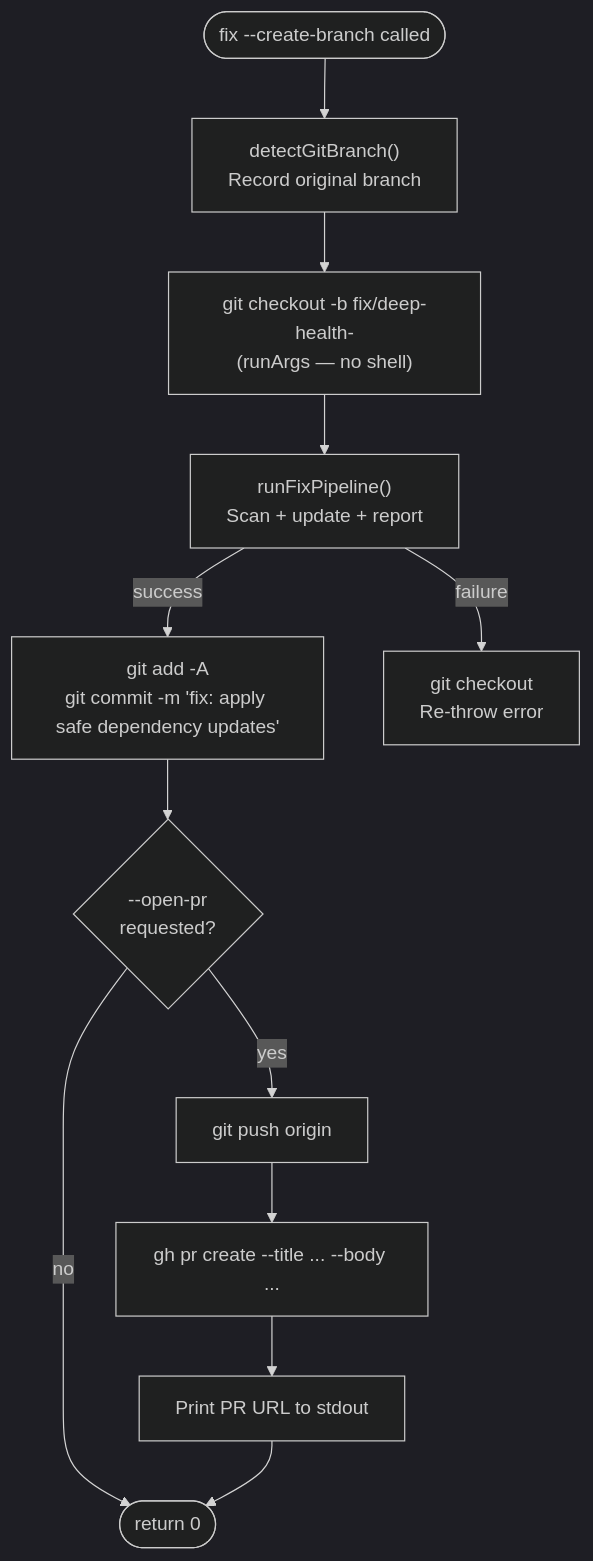
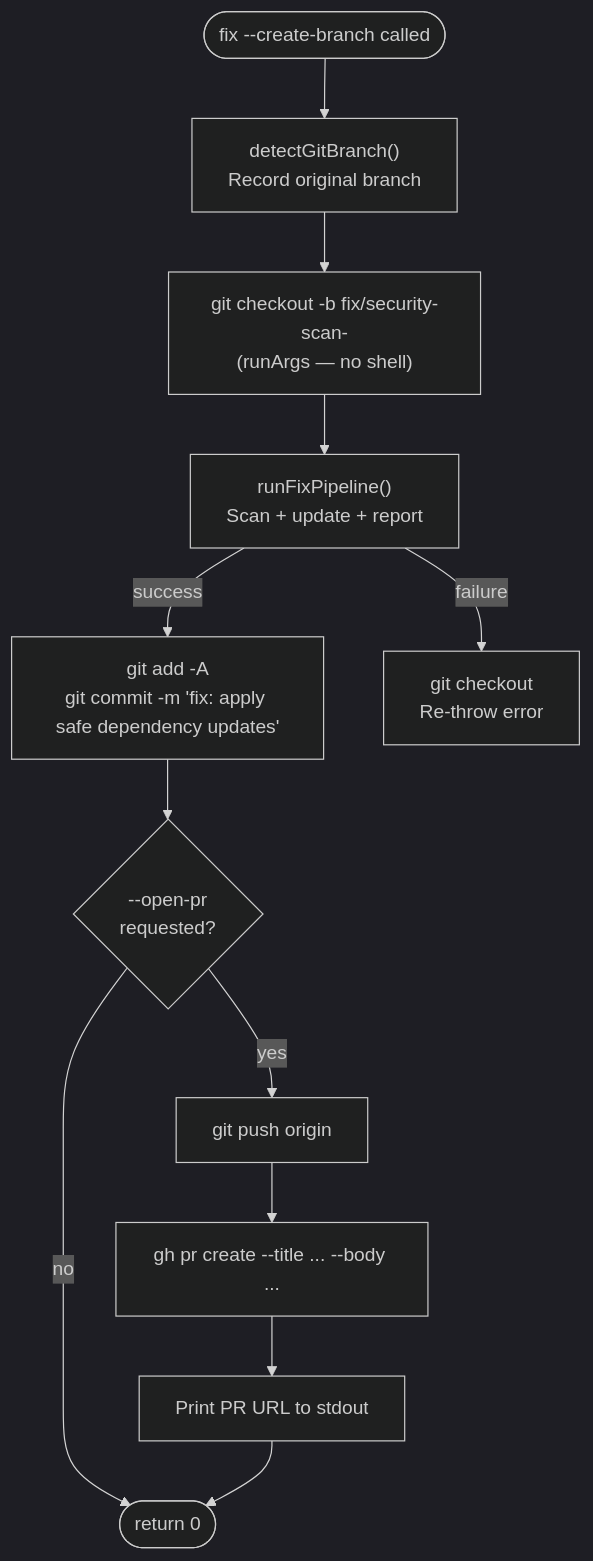
Before and after one commit to ejklock/deep-health: diagram 13 of 13 in docs/architecture.md, drawn with Mermaid (dark theme). The commit also changed other lines of this file and 52 other files, not shown here.

First line of the commit message:
feat: security-scan and remove whitelabel support

````diff
--- a/docs/architecture.md
+++ b/docs/architecture.md
@@ -875,19 +875,19 @@
 ```mermaid
 flowchart TD
     START([fix --create-branch called]) --> DETECT
     DETECT["detectGitBranch()\nRecord original branch"]
     DETECT --> CREATE_BR
-    CREATE_BR["git checkout -b fix/deep-health-<timestamp>\n(runArgs — no shell)"]
+    CREATE_BR["git checkout -b fix/security-scan-<timestamp>\n(runArgs — no shell)"]
     CREATE_BR --> PIPELINE
     PIPELINE["runFixPipeline()\nScan + update + report"]
     PIPELINE -- success --> COMMIT
     PIPELINE -- failure --> ROLLBACK
     ROLLBACK["git checkout <original>\nRe-throw error"]
     COMMIT["git add -A\ngit commit -m 'fix: apply safe dependency updates'"]
     COMMIT --> OPEN_PR{--open-pr\nrequested?}
     OPEN_PR -- yes --> PUSH["git push origin <branch>"]
     PUSH --> PR["gh pr create --title ... --body ..."]
     PR --> URL["Print PR URL to stdout"]
     OPEN_PR -- no --> DONE([return 0])
     URL --> DONE
 ```
````
